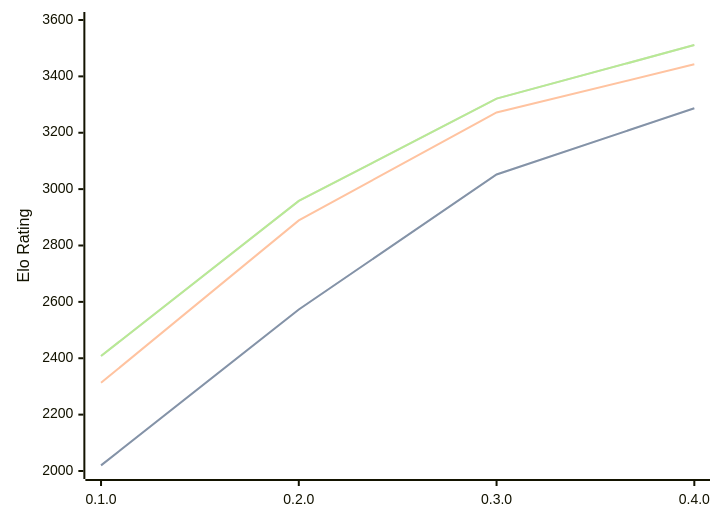
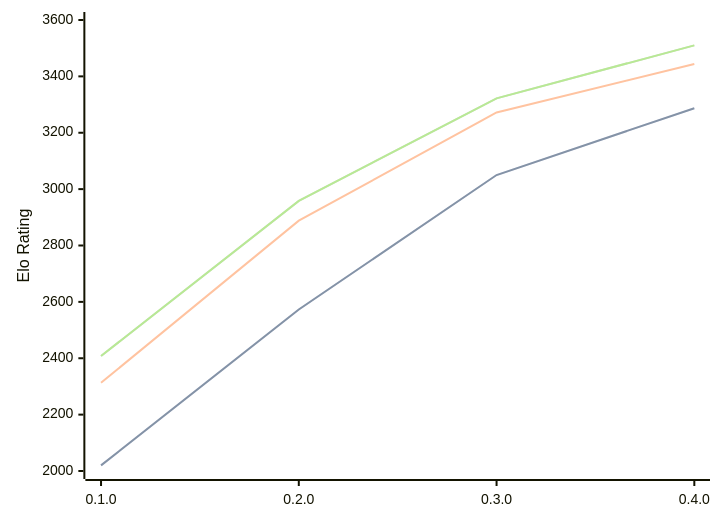
One commit to computer-chess-index/cci changed the diagram in engines/Justbot.md. Above: the diagram before and after it, drawn with Mermaid. The commit also changed other lines of this file, not shown here.

Commit message:
Update CCI Ratings (ELO VLTC) - 2026-08-28

````diff
--- a/engines/Justbot.md
+++ b/engines/Justbot.md
@@ -34,11 +34,11 @@
 ```mermaid
 %%{init: {"theme":"base","themeVariables":{"seriesColors:['#a3a3a3','#222221','#faa371']}}}%%
 xychart-beta
   x-axis ["0.1.0", "0.2.0", "0.3.0", "0.4.0"]
   y-axis "Elo Rating" 2000 --> 3600
-  line "" [2020, 2573, 3052, 3287]
-  line "STC (8.0+0.08s)" [2020, 2573, 3052, 3287]
-  line "LTC (60.0+0.60s)" [2313, 2889, 3272, 3443]
-  line "" [2408, 2958, 3321, 3511]
-  line "VLTC (2m24s+1.12s)" [2408, 2958, 3321, 3511]
+  line "" [2020, 2573, 3050, 3287]
+  line "STC (8.0+0.08s)" [2020, 2573, 3050, 3287]
+  line "LTC (60.0+0.60s)" [2313, 2888, 3272, 3444]
+  line "" [2408, 2958, 3322, 3510]
+  line "VLTC (2m24s+1.12s)" [2408, 2958, 3322, 3510]
 ```
````
